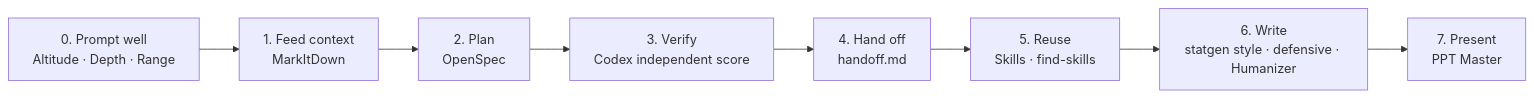
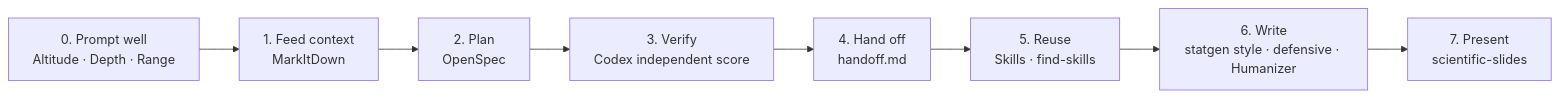
One commit to al4225/claude_code changed the diagram in code/wiki/AI_Research_Toolkit.md. Above: the diagram before and after it, drawn with Mermaid. The commit also changed other lines of this file and 1 other file, not shown here.

Commit message:
Section 7: feature the lab scientific-slides skill (Beamer/PDF or PPTX); PPT Master as alternative

````diff
--- a/code/wiki/AI_Research_Toolkit.md
+++ b/code/wiki/AI_Research_Toolkit.md
@@ -9,10 +9,10 @@
 ```mermaid
 flowchart LR
     A["0. Prompt well<br/>Altitude · Depth · Range"] --> B["1. Feed context<br/>MarkItDown"]
     B --> C["2. Plan<br/>OpenSpec"]
     C --> D["3. Verify<br/>Codex independent score"]
     D --> E["4. Hand off<br/>handoff.md"]
     E --> F["5. Reuse<br/>Skills · find-skills"]
     F --> G["6. Write<br/>statgen style · defensive · Humanizer"]
-    G --> H["7. Present<br/>PPT Master"]
+    G --> H["7. Present<br/>scientific-slides"]
 ```
````
